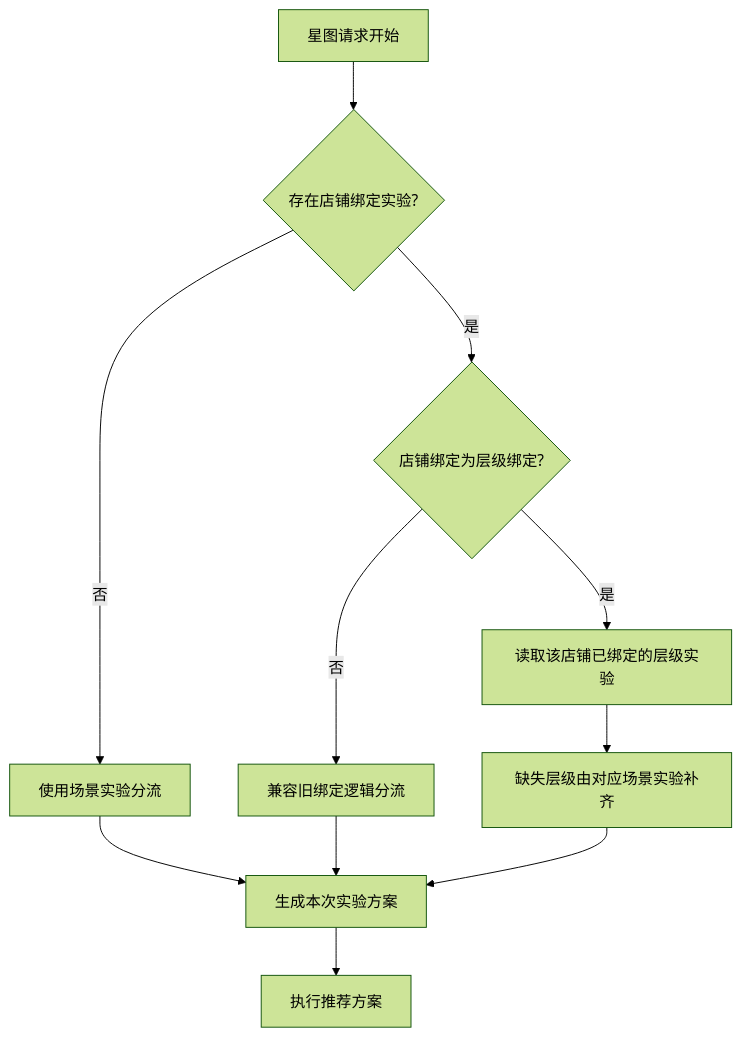
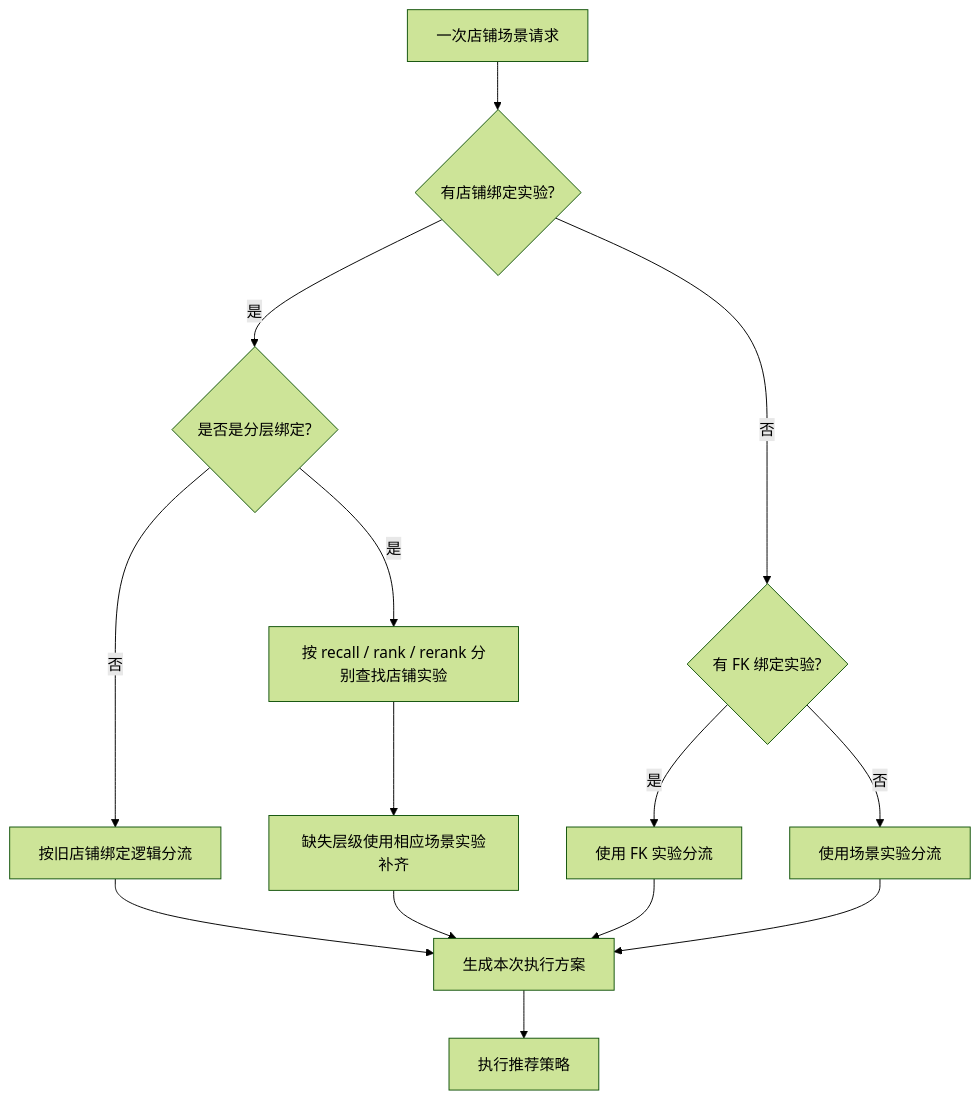
One commit to sgfd-ui/internship changed diagram 12 of 24 in weekly-report/recommendation-engineering-business-background.md. Above: the diagram before and after it, drawn with Mermaid (forest theme). The commit also changed other lines of this file, not shown here.

Commit message:
docs: 补充RAP配置发布流程并修正实验优先级与FK兜底分流图

```diff
--- a/weekly-report/recommendation-engineering-business-background.md
+++ b/weekly-report/recommendation-engineering-business-background.md
@@ -653,13 +670,16 @@
 ~~~mermaid
 flowchart TD
-    A[星图请求开始] --> B{存在店铺绑定实验?}
-    B -- 否 --> C[使用场景实验分流]
-    B -- 是 --> D{店铺绑定为层级绑定?}
-    D -- 否 --> E[兼容旧绑定逻辑分流]
-    D -- 是 --> F[读取该店铺已绑定的层级实验]
-    F --> G[缺失层级由对应场景实验补齐]
-    C --> H[生成本次实验方案]
-    E --> H
-    G --> H
-    H --> I[执行推荐方案]
+    A["一次店铺场景请求"] --> B{"有店铺绑定实验?"}
+    B -- 是 --> C{"是否是分层绑定?"}
+    B -- 否 --> D{"有 FK 绑定实验?"}
+    D -- 是 --> E["使用 FK 实验分流"]
+    D -- 否 --> F["使用场景实验分流"]
+    C -- 否 --> G["按旧店铺绑定逻辑分流"]
+    C -- 是 --> H["按 recall / rank / rerank 分别查找店铺实验"]
+    H --> I["缺失层级使用相应场景实验补齐"]
+    G --> J["生成本次执行方案"]
+    I --> J
+    E --> J
+    F --> J
+    J --> K["执行推荐策略"]
 ~~~
```
